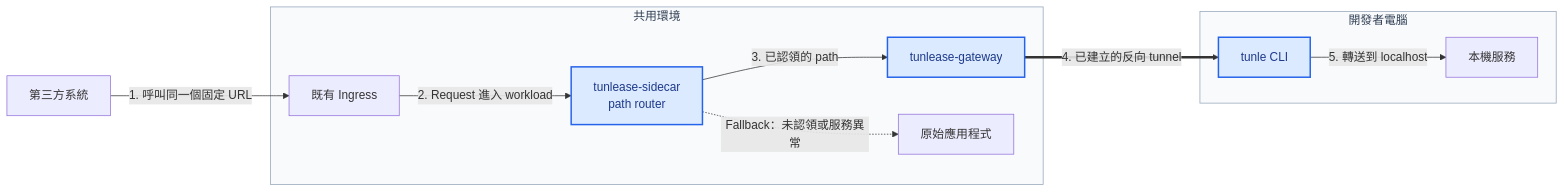
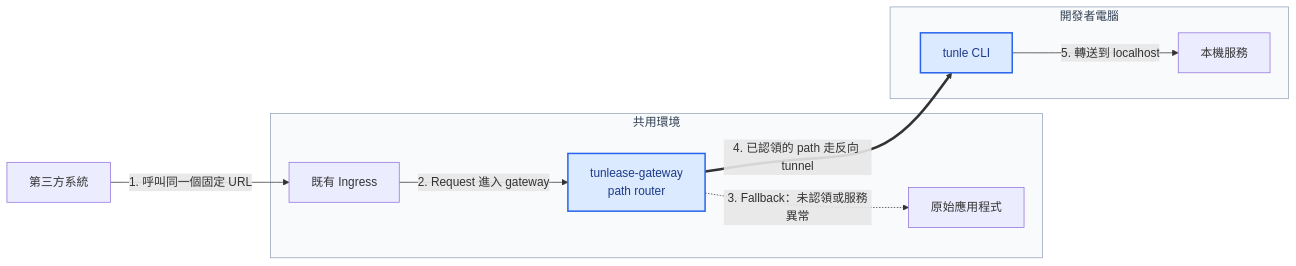
Before and after one commit to iml885203/tunlease: the diagram in README.zh-TW.md, drawn with Mermaid. The commit also changed other lines of this file and 31 other files, not shown here.

````diff
--- a/README.zh-TW.md
+++ b/README.zh-TW.md
@@ -11,21 +11,20 @@
 ```mermaid
 flowchart LR
     ThirdParty[第三方系統] -->|"1. 呼叫同一個固定 URL"| Ingress[既有 Ingress]
 
     subgraph Shared[共用環境]
-        Ingress -->|"2. Request 進入 workload"| Sidecar[tunlease-sidecar<br/>path router]
-        Sidecar -->|"3. 已認領的 path"| Gateway[tunlease-gateway]
-        Sidecar -.->|"Fallback：未認領或服務異常"| App[原始應用程式]
+        Ingress -->|"2. Request 進入 gateway"| Gateway[tunlease-gateway<br/>path router]
+        Gateway -.->|"3. Fallback：未認領或服務異常"| App[原始應用程式]
     end
 
     subgraph Laptop[開發者電腦]
         CLI[tunle CLI] -->|"5. 轉送到 localhost"| Local[本機服務]
     end
 
-    Gateway ==>|"4. 已建立的反向 tunnel"| CLI
+    Gateway ==>|"4. 已認領的 path 走反向 tunnel"| CLI
 
     classDef tunlease fill:#dbeafe,stroke:#2563eb,color:#1e3a8a,stroke-width:2px;
-    class CLI,Sidecar,Gateway tunlease;
+    class CLI,Gateway tunlease;
     style Shared fill:#f8fafc,stroke:#94a3b8,color:#334155
     style Laptop fill:#f8fafc,stroke:#94a3b8,color:#334155
 ```
````
